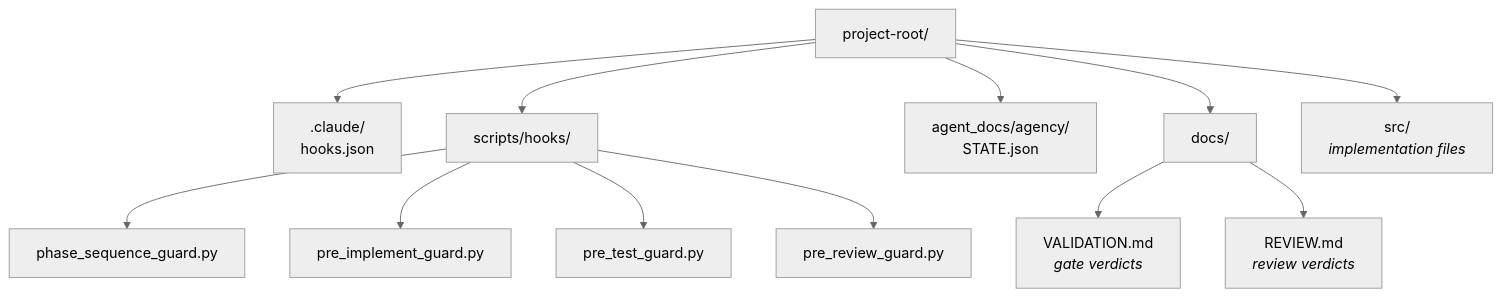
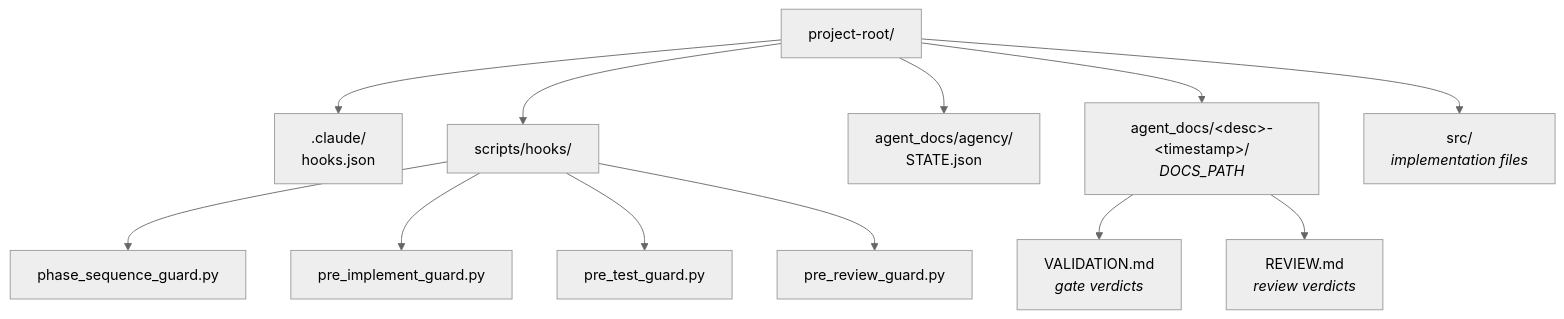
The diagram in docs/agency/hooks_config.md (VitorAndTxr/omni-sw), drawn with Mermaid (neutral theme) before and after one commit. The commit also changed other lines of this file and 7 other files, not shown here.

````diff
--- a/docs/agency/hooks_config.md
+++ b/docs/agency/hooks_config.md
@@ -117,15 +118,15 @@
    ```mermaid
    graph TD
        Root["project-root/"]
        Root --> claude[".claude/<br/>hooks.json"]
        Root --> scripts["scripts/hooks/"]
        scripts --> psg["phase_sequence_guard.py"]
        scripts --> pig["pre_implement_guard.py"]
        scripts --> ptg["pre_test_guard.py"]
        scripts --> prg["pre_review_guard.py"]
        Root --> agent["agent_docs/agency/<br/>STATE.json"]
-       Root --> docs["docs/"]
-       docs --> valid["VALIDATION.md<br/><i>gate verdicts</i>"]
-       docs --> review["REVIEW.md<br/><i>review verdicts</i>"]
+       Root --> agentDocs["agent_docs/&lt;desc&gt;-&lt;timestamp&gt;/<br/><i>DOCS_PATH</i>"]
+       agentDocs --> valid["VALIDATION.md<br/><i>gate verdicts</i>"]
+       agentDocs --> review["REVIEW.md<br/><i>review verdicts</i>"]
        Root --> src["src/<br/><i>implementation files</i>"]
    ```
````
